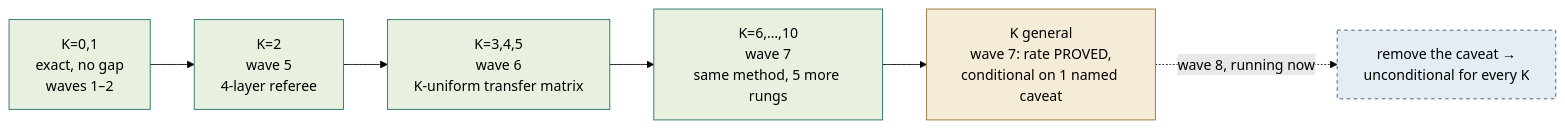
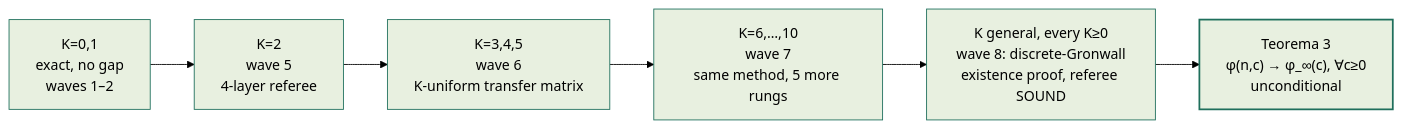
Before and after one commit to dougdotcon/TamesisTheoryCompleteResearchArchive: the second of 4 diagrams in README.md, drawn with Mermaid (forest theme). The commit also changed other lines of this file and 9 other files, not shown here.

````diff
--- a/README.md
+++ b/README.md
@@ -77,14 +77,14 @@
 ```mermaid
 flowchart LR
     K01["K=0,1<br/>exact, no gap<br/>waves 1–2"] --> K2["K=2<br/>wave 5<br/>4-layer referee"]
     K2 --> K345["K=3,4,5<br/>wave 6<br/>K-uniform transfer matrix"]
     K345 --> K610["K=6,…,10<br/>wave 7<br/>same method, 5 more rungs"]
-    K610 --> Kgen["K general<br/>wave 7: rate PROVED,<br/>conditional on 1 named caveat"]
-    Kgen -.->|"wave 8, running now"| Close["remove the caveat →<br/>unconditional for every K"]
+    K610 --> Kgen["K general, every K≥0<br/>wave 8: discrete-Gronwall<br/>existence proof, referee SOUND"]
+    Kgen --> Teo3["Teorema 3<br/>φ(n,c) → φ_∞(c), ∀c≥0<br/>unconditional"]
     style K01 fill:#e8f0e0,stroke:#1f6f5c
     style K2 fill:#e8f0e0,stroke:#1f6f5c
     style K345 fill:#e8f0e0,stroke:#1f6f5c
     style K610 fill:#e8f0e0,stroke:#1f6f5c
-    style Kgen fill:#f5ecd8,stroke:#96702a
-    style Close fill:#e3edf3,stroke:#33566f,stroke-dasharray: 4 4
+    style Kgen fill:#e8f0e0,stroke:#1f6f5c
+    style Teo3 fill:#e8f0e0,stroke:#1f6f5c,stroke-width:2px
 ```
````
